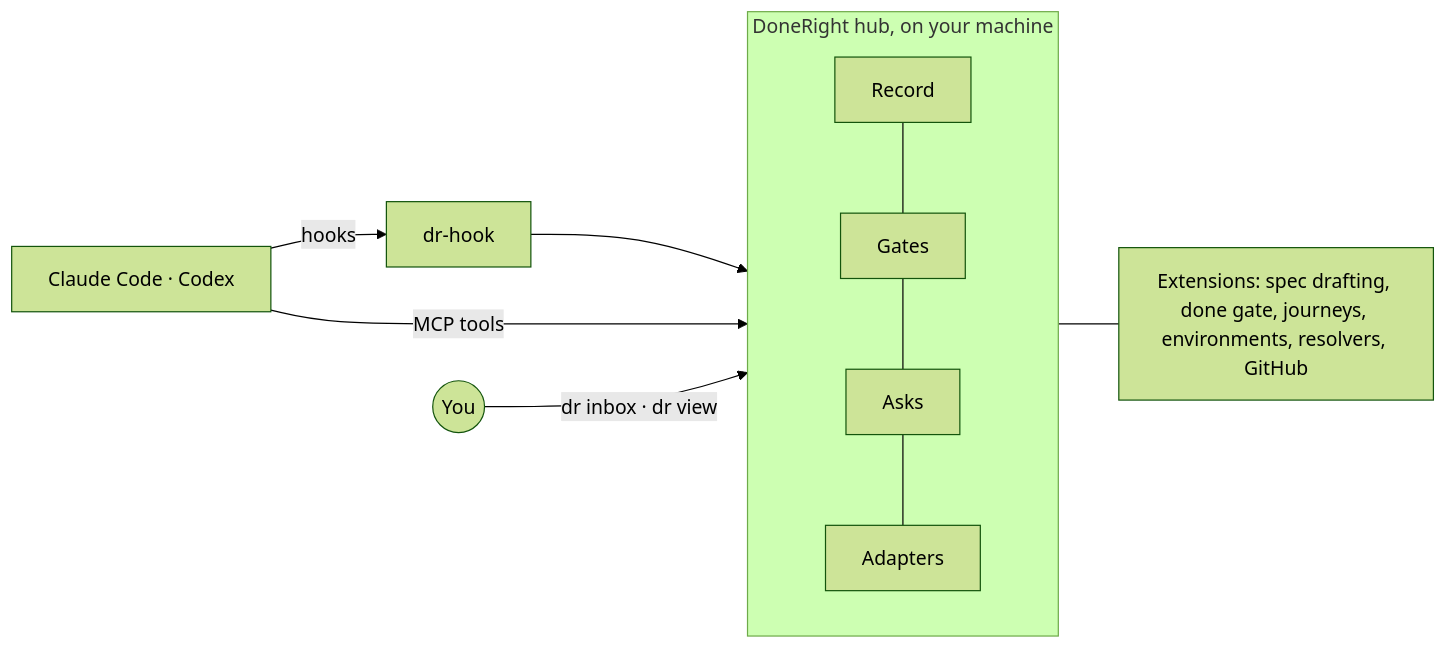
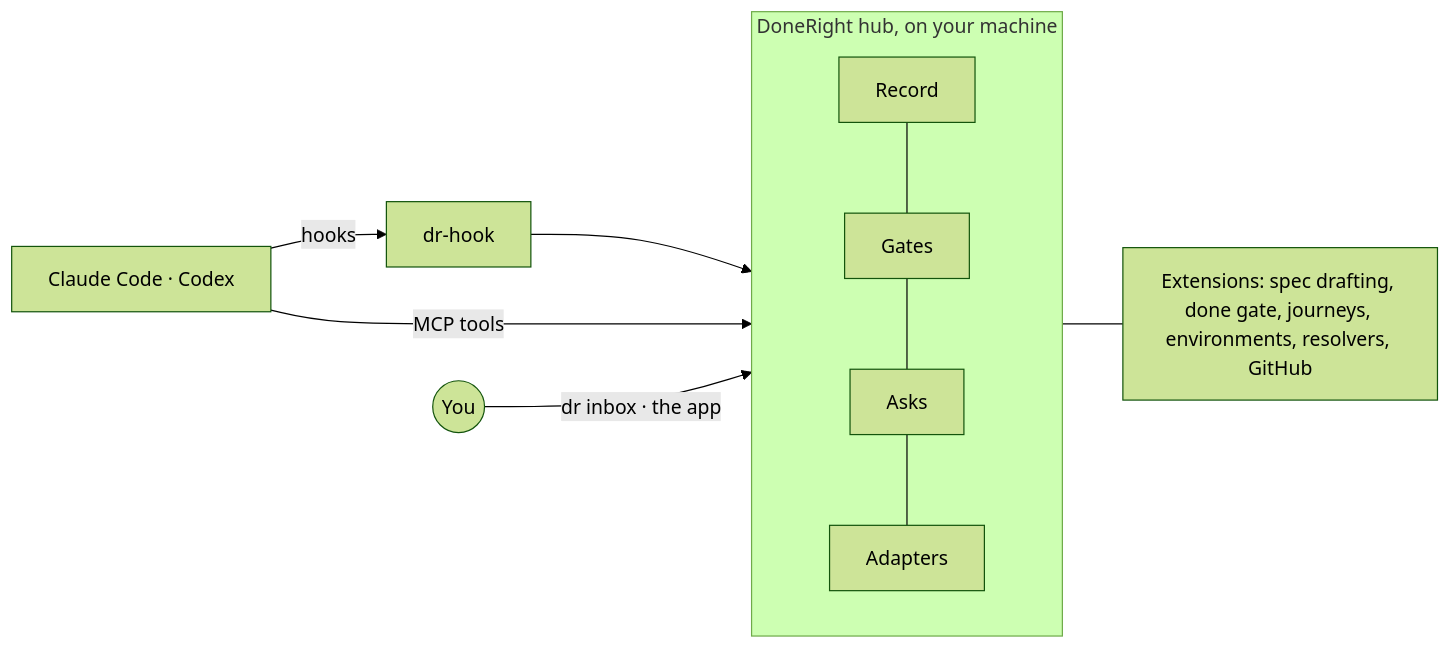
One commit to windoliver/doneright changed the diagram in README.md. Above: the diagram before and after it, drawn with Mermaid (forest theme). The commit also changed other lines of this file and 4 other files, not shown here.

````diff
--- a/README.md
+++ b/README.md
@@ -140,11 +140,11 @@
 ```mermaid
 flowchart LR
   A[Claude Code · Codex] -- hooks --> H[dr-hook]
   H --> HUB
   A -- MCP tools --> HUB
   subgraph HUB[DoneRight hub, on your machine]
     R[Record] --- G[Gates] --- K[Asks] --- AD[Adapters]
   end
   HUB --- X[Extensions: spec drafting, done gate, journeys, environments, resolvers, GitHub]
-  You((You)) -- dr inbox · dr view --> HUB
+  You((You)) -- dr inbox · the app --> HUB
 ```
````
